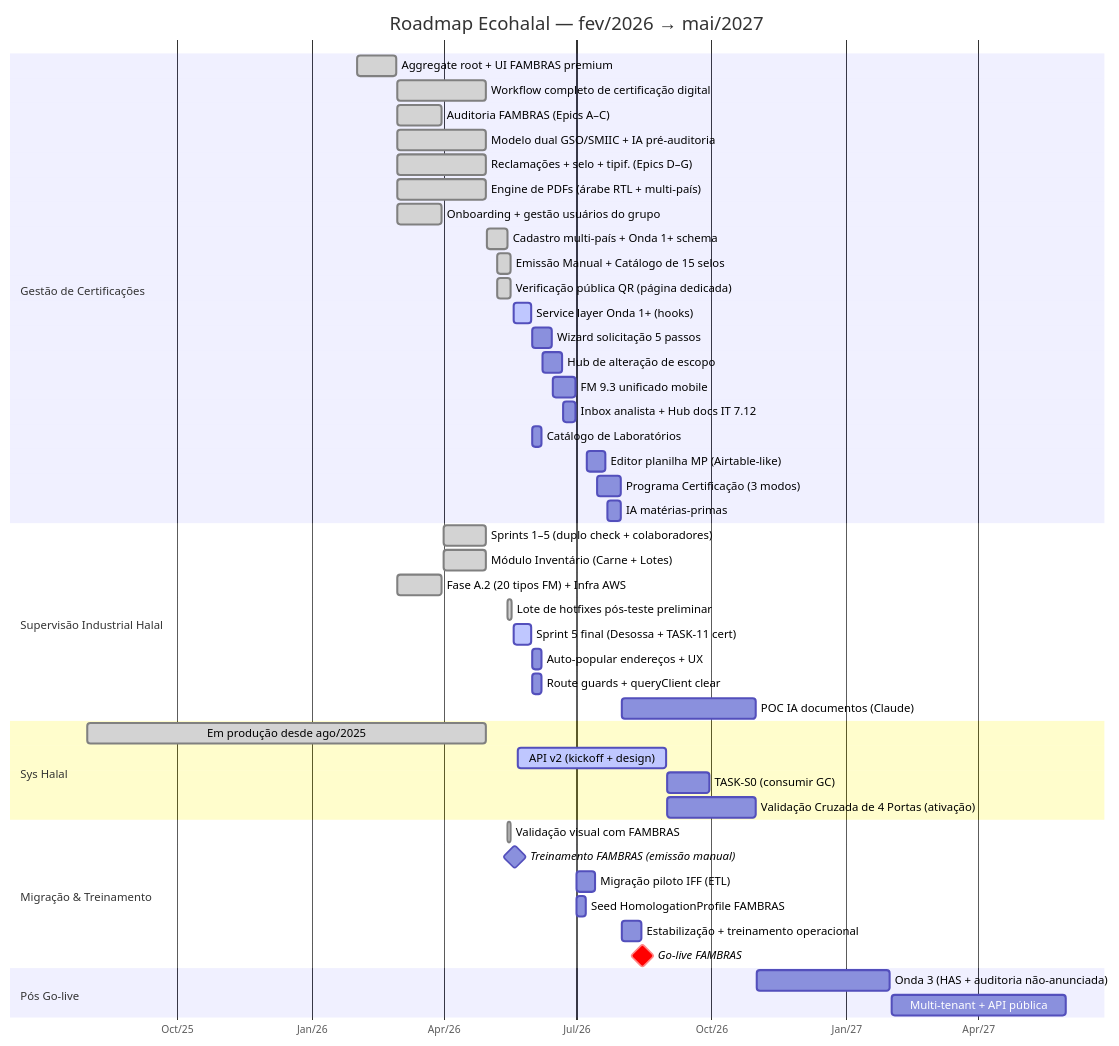
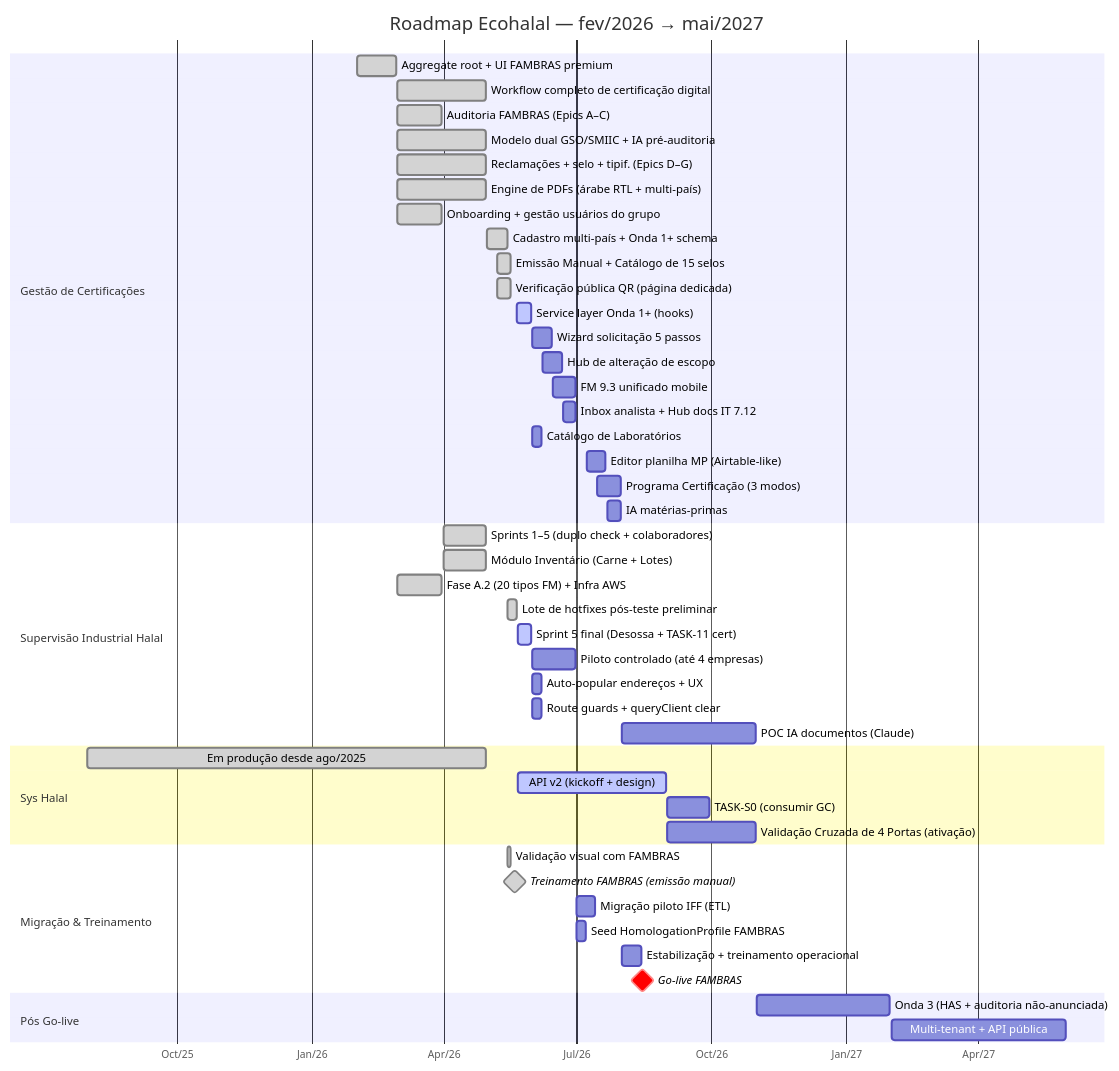
One commit to Ecohalal/sih-docs changed the first of 3 diagrams in PLANNING/ROADMAP-GANTT-2026.md. Above: the diagram before and after it, drawn with Mermaid. The commit also changed other lines of this file and 1 other file, not shown here.

First line of the commit message:
docs(roadmap): resumo Diretoria 21/mai + Gantt atualizado + piloto SIH

````diff
--- a/PLANNING/ROADMAP-GANTT-2026.md
+++ b/PLANNING/ROADMAP-GANTT-2026.md
@@ -15,55 +15,56 @@
 ```mermaid
 gantt
     title Roadmap Ecohalal — fev/2026 → mai/2027
     dateFormat YYYY-MM-DD
     axisFormat %b/%y
 
     section Gestão de Certificações
     Aggregate root + UI FAMBRAS premium       :done,  gc01,  2026-02-01, 2026-02-28
     Workflow completo de certificação digital :done,  gc02,  2026-03-01, 2026-04-30
     Auditoria FAMBRAS (Epics A–C)             :done,  gc03,  2026-03-01, 2026-03-31
     Modelo dual GSO/SMIIC + IA pré-auditoria  :done,  gc04,  2026-03-01, 2026-04-30
     Reclamações + selo + tipif. (Epics D–G)   :done,  gc05,  2026-03-01, 2026-04-30
     Engine de PDFs (árabe RTL + multi-país)   :done,  gc06,  2026-03-01, 2026-04-30
     Onboarding + gestão usuários do grupo     :done,  gc07,  2026-03-01, 2026-03-31
     Cadastro multi-país + Onda 1+ schema      :done,  gc08,  2026-05-01, 2026-05-15
     Emissão Manual + Catálogo de 15 selos     :done,  gc09,  2026-05-08, 2026-05-17
     Verificação pública QR (página dedicada)  :done,  gc10,  2026-05-08, 2026-05-17
-    Service layer Onda 1+ (hooks)             :active, gc11, 2026-05-19, 2026-05-31
+    Service layer Onda 1+ (hooks)             :active, gc11, 2026-05-21, 2026-05-31
     Wizard solicitação 5 passos               :       gc12,  2026-06-01, 2026-06-14
     Hub de alteração de escopo                :       gc13,  2026-06-08, 2026-06-21
     FM 9.3 unificado mobile                   :       gc14,  2026-06-15, 2026-06-30
     Inbox analista + Hub docs IT 7.12         :       gc15,  2026-06-22, 2026-06-30
     Catálogo de Laboratórios                  :       gc16,  2026-06-01, 2026-06-07
     Editor planilha MP (Airtable-like)        :       gc17,  2026-07-08, 2026-07-21
     Programa Certificação (3 modos)           :       gc18,  2026-07-15, 2026-07-31
     IA matérias-primas                        :       gc19,  2026-07-22, 2026-07-31
 
     section Supervisão Industrial Halal
     Sprints 1–5 (duplo check + colaboradores) :done,  sih01, 2026-04-01, 2026-04-30
     Módulo Inventário (Carne + Lotes)         :done,  sih02, 2026-04-01, 2026-04-30
     Fase A.2 (20 tipos FM) + Infra AWS        :done,  sih03, 2026-03-01, 2026-03-31
-    Lote de hotfixes pós-teste preliminar     :done,  sih04, 2026-05-15, 2026-05-18
-    Sprint 5 final (Desossa + TASK-11 cert)   :active, sih05, 2026-05-19, 2026-05-31
+    Lote de hotfixes pós-teste preliminar     :done,  sih04, 2026-05-15, 2026-05-21
+    Sprint 5 final (Desossa + TASK-11 cert)   :active, sih05, 2026-05-22, 2026-05-31
+    Piloto controlado (até 4 empresas)        :       sih_p, 2026-06-01, 2026-06-30
     Auto-popular endereços + UX               :       sih06, 2026-06-01, 2026-06-07
     Route guards + queryClient clear          :       sih07, 2026-06-01, 2026-06-07
     POC IA documentos (Claude)                :       sih08, 2026-08-01, 2026-10-31
 
     section Sys Halal
     Em produção desde ago/2025                :done,  sh01,  2025-08-01, 2026-04-30
     API v2 (kickoff + design)                 :active, sh02, 2026-05-22, 2026-08-31
     TASK-S0 (consumir GC)                     :       sh03,  2026-09-01, 2026-09-30
     Validação Cruzada de 4 Portas (ativação)  :       sh04,  2026-09-01, 2026-10-31
 
     section Migração & Treinamento
     Validação visual com FAMBRAS              :done,  m01,   2026-05-15, 2026-05-17
-    Treinamento FAMBRAS (emissão manual)      :milestone, m02, 2026-05-20, 0d
+    Treinamento FAMBRAS (emissão manual)      :done, milestone, m02, 2026-05-20, 0d
     Migração piloto IFF (ETL)                 :       m03,   2026-07-01, 2026-07-14
     Seed HomologationProfile FAMBRAS          :       m04,   2026-07-01, 2026-07-07
     Estabilização + treinamento operacional   :       m05,   2026-08-01, 2026-08-14
     Go-live FAMBRAS                           :crit, milestone, m06, 2026-08-15, 0d
 
     section Pós Go-live
     Onda 3 (HAS + auditoria não-anunciada)    :       pg01,  2026-11-01, 2027-01-31
     Multi-tenant + API pública                :       pg02,  2027-02-01, 2027-05-31
 ```
````
